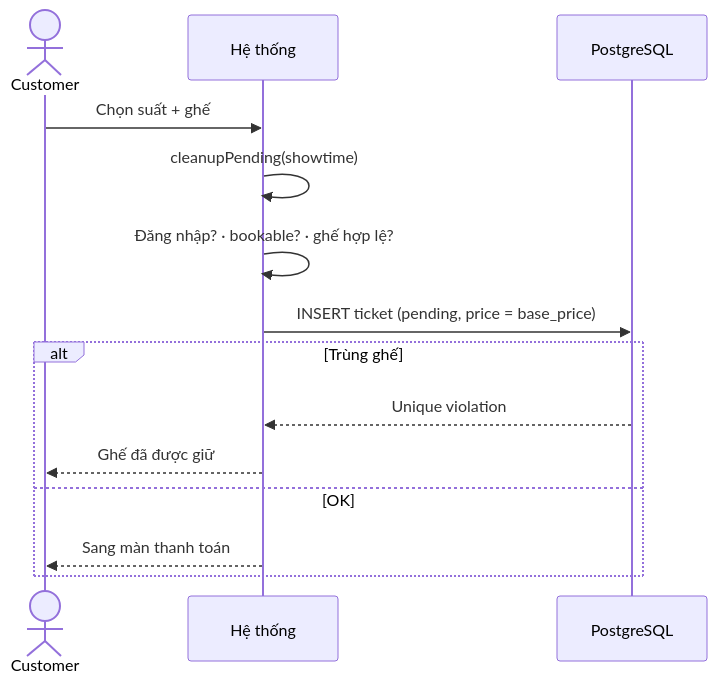
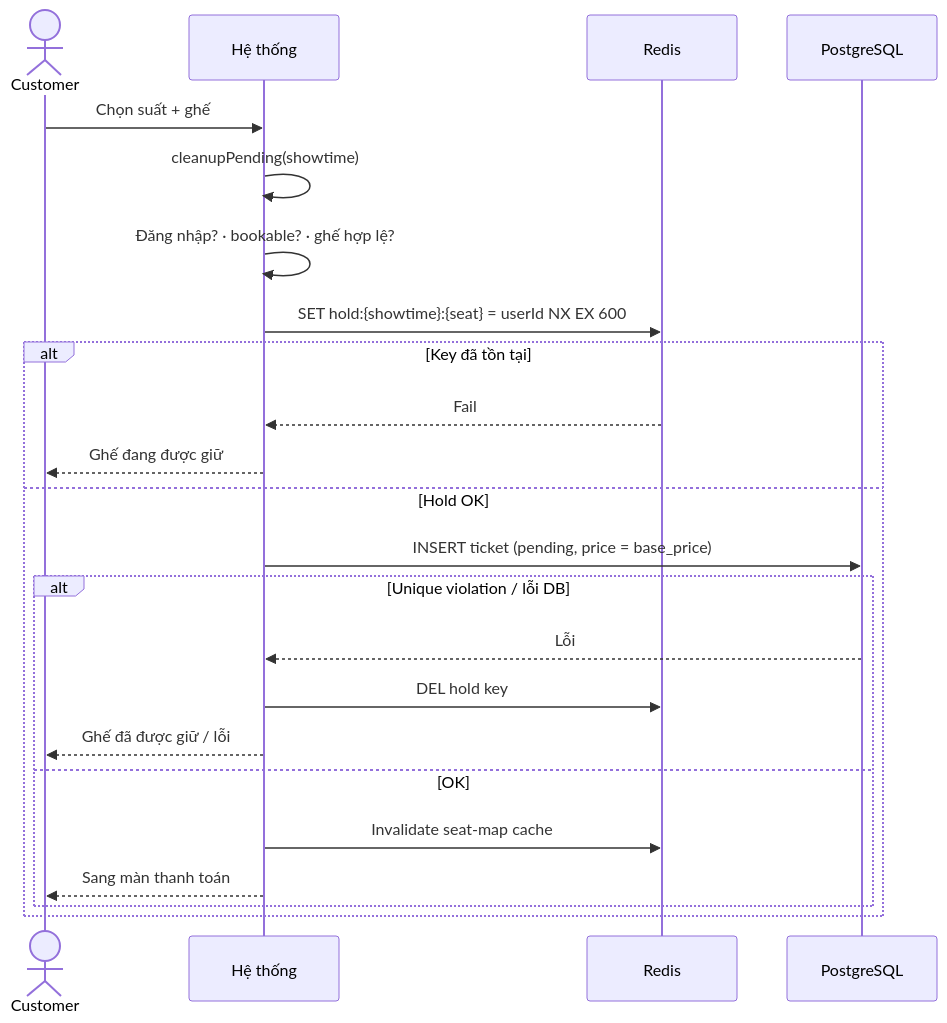
The fourth of 11 diagrams in myproject/SPEC.md (Hoangvu2911/SBU5_learnPython), drawn with Mermaid before and after one commit. The commit also changed other lines of this file, not shown here.

Commit message:
update redis for hold seat specs

````diff
--- a/myproject/SPEC.md
+++ b/myproject/SPEC.md
@@ -312,17 +343,26 @@
 ```mermaid
 sequenceDiagram
   actor C as Customer
   participant S as Hệ thống
+  participant R as Redis
   participant DB as PostgreSQL
 
   C->>S: Chọn suất + ghế
   S->>S: cleanupPending(showtime)
   S->>S: Đăng nhập? · bookable? · ghế hợp lệ?
-  S->>DB: INSERT ticket (pending, price = base_price)
-  alt Trùng ghế
-    DB-->>S: Unique violation
-    S-->>C: Ghế đã được giữ
-  else OK
-    S-->>C: Sang màn thanh toán
+  S->>R: SET hold:{showtime}:{seat} = userId NX EX 600
+  alt Key đã tồn tại
+    R-->>S: Fail
+    S-->>C: Ghế đang được giữ
+  else Hold OK
+    S->>DB: INSERT ticket (pending, price = base_price)
+    alt Unique violation / lỗi DB
+      DB-->>S: Lỗi
+      S->>R: DEL hold key
+      S-->>C: Ghế đã được giữ / lỗi
+    else OK
+      S->>R: Invalidate seat-map cache
+      S-->>C: Sang màn thanh toán
+    end
   end
 ```
````
